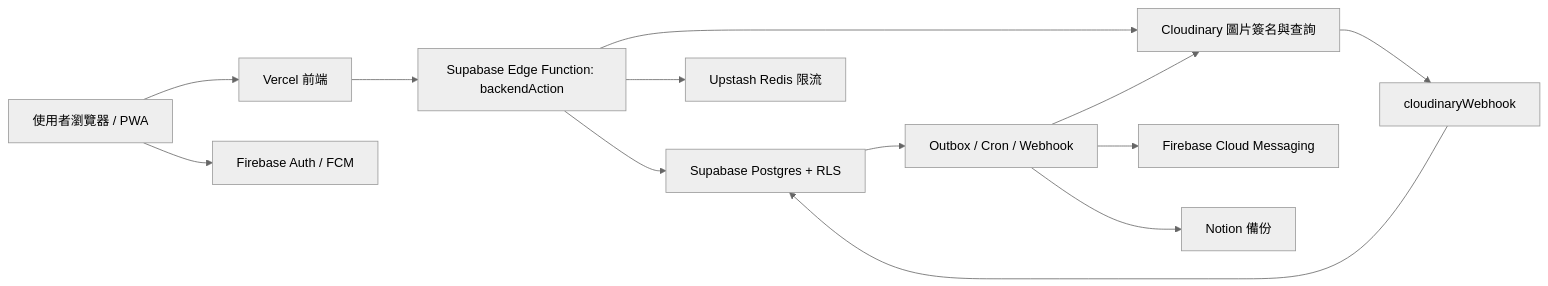
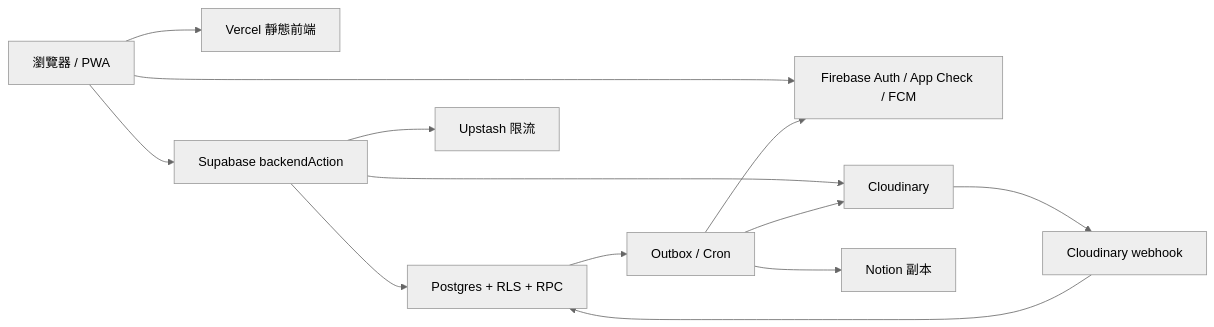
Before and after one commit to tavricccc/srp-re: the diagram in docs/architecture.md, drawn with Mermaid (neutral theme). The commit also changed other lines of this file and 51 other files, not shown here.

````diff
--- a/docs/architecture.md
+++ b/docs/architecture.md
@@ -22,15 +9,15 @@
 ```mermaid
 flowchart LR
-  User["使用者瀏覽器 / PWA"] --> Vercel["Vercel 前端"]
-  User --> Firebase["Firebase Auth / FCM"]
-  Vercel --> BackendAction["Supabase Edge Function: backendAction"]
-  BackendAction --> Postgres["Supabase Postgres + RLS"]
-  BackendAction --> Upstash["Upstash Redis 限流"]
-  BackendAction --> Cloudinary["Cloudinary 圖片簽名與查詢"]
-  Postgres --> Outbox["Outbox / Cron / Webhook"]
-  Outbox --> FCM["Firebase Cloud Messaging"]
-  Outbox --> Notion["Notion 備份"]
-  Outbox --> Cloudinary
-  Cloudinary --> CloudinaryWebhook["cloudinaryWebhook"]
-  CloudinaryWebhook --> Postgres
+  Browser["瀏覽器 / PWA"] --> Vercel["Vercel 靜態前端"]
+  Browser --> Firebase["Firebase Auth / App Check / FCM"]
+  Browser --> Gateway["Supabase backendAction"]
+  Gateway --> Postgres["Postgres + RLS + RPC"]
+  Gateway --> Redis["Upstash 限流"]
+  Gateway --> Images["Cloudinary"]
+  Postgres --> Worker["Outbox / Cron"]
+  Worker --> Firebase
+  Worker --> Notion["Notion 副本"]
+  Worker --> Images
+  Images --> Webhook["Cloudinary webhook"]
+  Webhook --> Postgres
 ```
````
